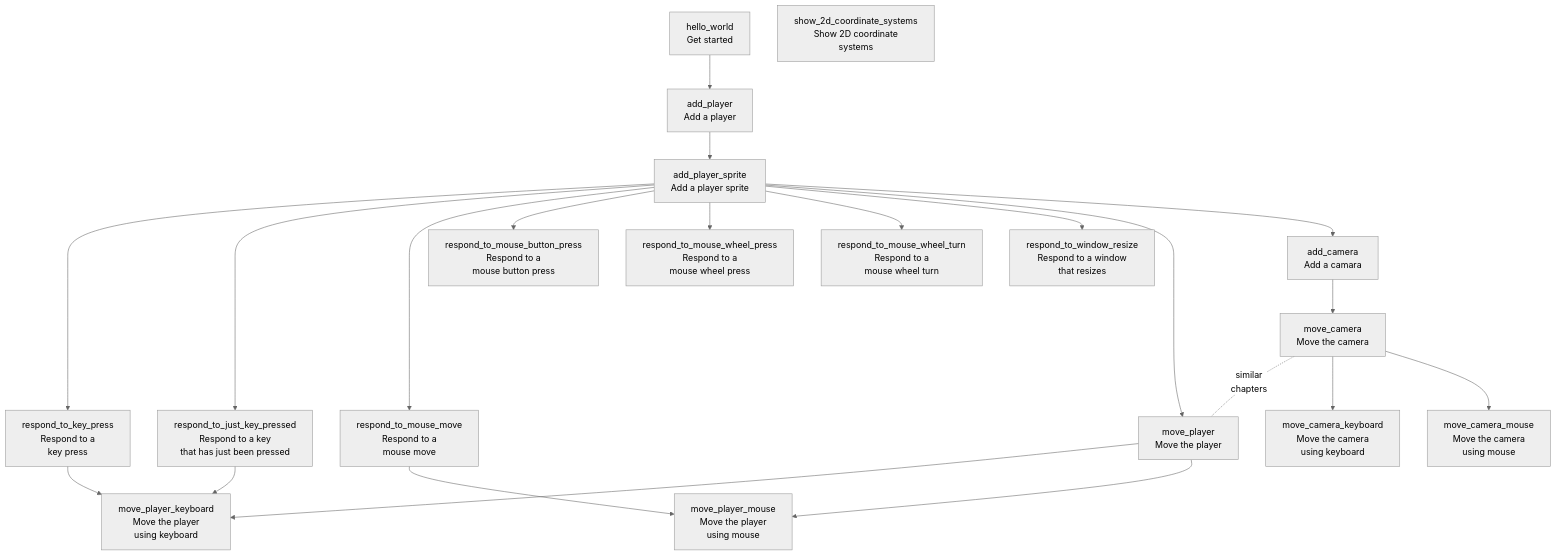
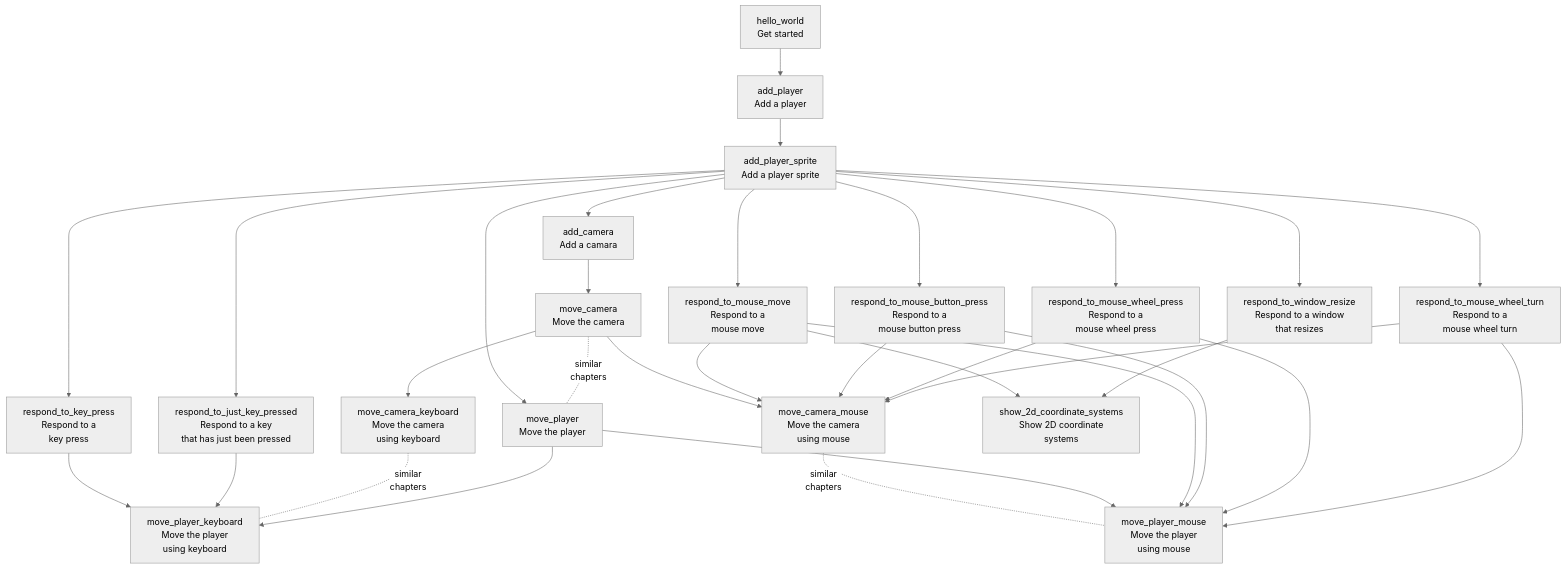
The diagram in README.md (richelbilderbeek/bevy_tdd_book), drawn with Mermaid (neutral theme) before and after one commit.

Commit message:
Improve flowchart

````diff
--- a/README.md
+++ b/README.md
@@ -35,51 +35,63 @@
 ```mermaid
 flowchart TD
   hello_world[hello_world\nGet started]
   add_player[add_player\nAdd a player]
   add_player_sprite[add_player_sprite\nAdd a player sprite]
   add_camera[add_camera\nAdd a camara]
   move_camera[move_camera\nMove the camera]
   move_player[move_player\nMove the player]
   move_player_keyboard[move_player_keyboard\nMove the player\nusing keyboard]
   move_camera_keyboard[move_camera_keyboard\nMove the camera\nusing keyboard]
   move_player_mouse[move_player_mouse\nMove the player\nusing mouse]
   move_camera_mouse[move_camera_mouse\nMove the camera\nusing mouse]
 
   respond_to_key_press[respond_to_key_press\nRespond to a\nkey press]
   respond_to_mouse_move[respond_to_mouse_move\nRespond to a\nmouse move]
   respond_to_mouse_button_press[respond_to_mouse_button_press\nRespond to a\nmouse button press]
   respond_to_mouse_wheel_press[respond_to_mouse_wheel_press\nRespond to a\nmouse wheel press]
   respond_to_mouse_wheel_turn[respond_to_mouse_wheel_turn\nRespond to a\nmouse wheel turn]
   respond_to_just_key_pressed[respond_to_just_key_pressed\nRespond to a key\nthat has just been pressed]
   respond_to_window_resize[respond_to_window_resize\nRespond to a window\nthat resizes]
 
   show_2d_coordinate_systems[show_2d_coordinate_systems\nShow 2D coordinate\nsystems]
 
   hello_world --> add_player
   add_player_sprite --> respond_to_key_press
   add_player_sprite --> respond_to_just_key_pressed
   add_player_sprite --> respond_to_mouse_move
   add_player_sprite --> respond_to_mouse_button_press
   add_player_sprite --> respond_to_mouse_wheel_press
   add_player_sprite --> respond_to_mouse_wheel_turn
   add_player_sprite --> respond_to_window_resize
 
 
   respond_to_key_press --> move_player_keyboard
   respond_to_just_key_pressed --> move_player_keyboard
 
   add_player --> add_player_sprite
   add_player_sprite --> move_player
   add_player_sprite --> add_camera
   add_camera --> move_camera
 
   move_camera -.- |similar\nchapters| move_player
+  move_camera_keyboard -.- |similar\nchapters| move_player_keyboard
+  move_camera_mouse -.- |similar\nchapters| move_player_mouse
   move_camera --> move_camera_keyboard
   move_camera --> move_camera_mouse
 
   move_player --> move_player_keyboard
   move_player --> move_player_mouse
 
   respond_to_mouse_move --> move_player_mouse
+  respond_to_mouse_button_press --> move_player_mouse
+  respond_to_mouse_wheel_press --> move_player_mouse
+  respond_to_mouse_wheel_turn --> move_player_mouse
 
+  respond_to_mouse_move --> move_camera_mouse
+  respond_to_mouse_button_press --> move_camera_mouse
+  respond_to_mouse_wheel_press --> move_camera_mouse
+  respond_to_mouse_wheel_turn --> move_camera_mouse
+
+  respond_to_mouse_move --> show_2d_coordinate_systems
+  respond_to_window_resize --> show_2d_coordinate_systems
 ```
````
